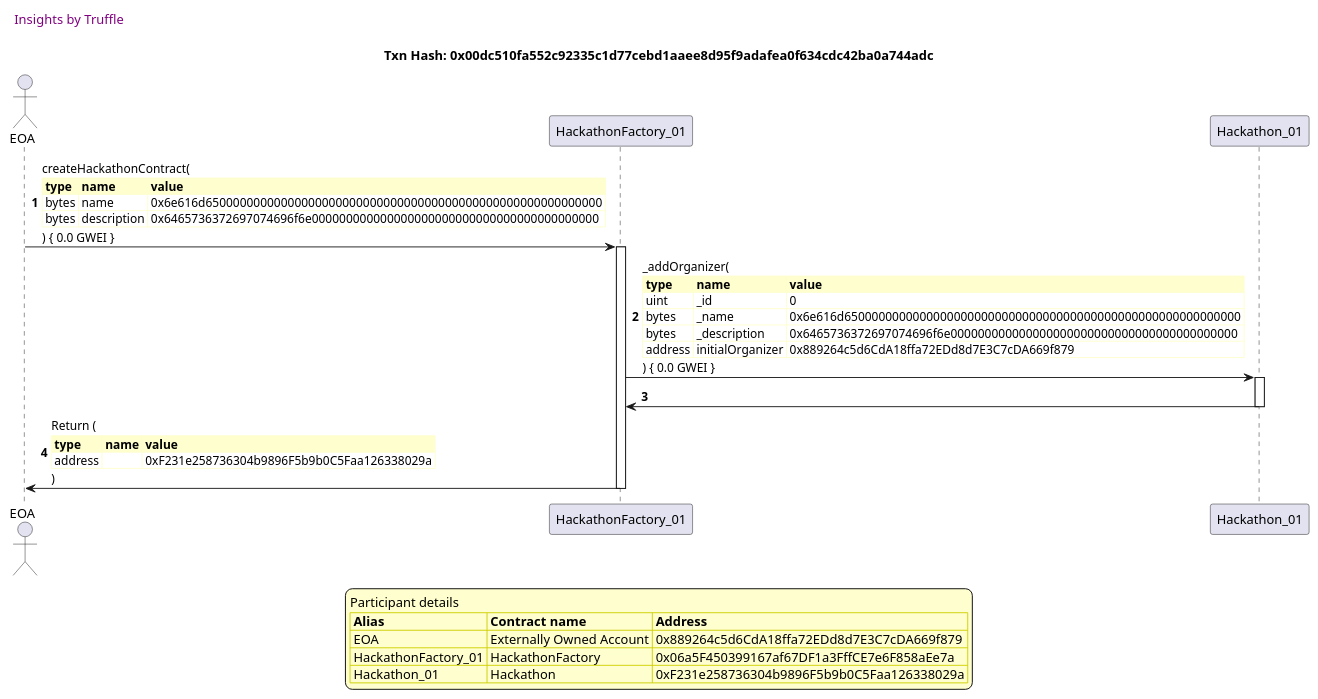
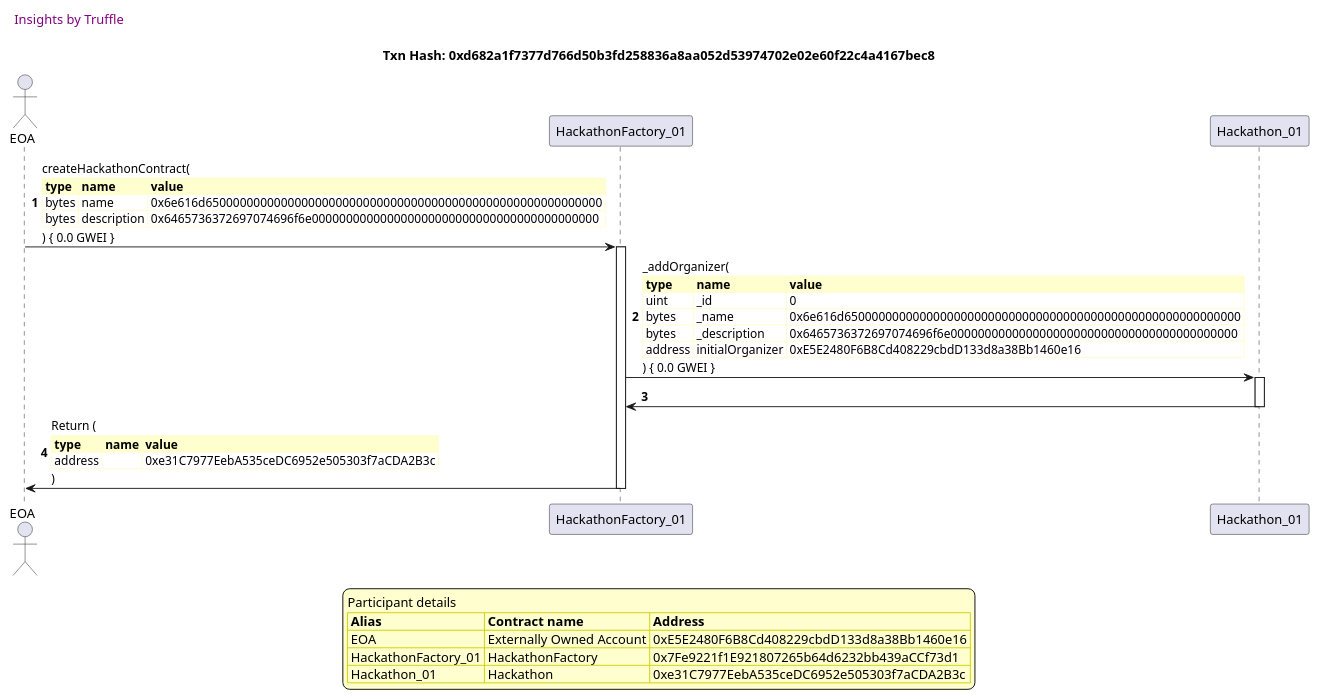
One commit to fodisi/hackapay changed the tenth of 11 diagrams in truffle-seq/factory_hackathonfactory.md. Above: the diagram before and after it, drawn with PlantUML. The commit also changed other lines of this file and 10 other files, not shown here.

````diff
--- a/truffle-seq/factory_hackathonfactory.md
+++ b/truffle-seq/factory_hackathonfactory.md
@@ -478,54 +478,54 @@
 ```plantuml
 
 
 @startuml
 
 autonumber
 skinparam legendBackgroundColor #FEFECE
 
 <style>
       header {
         HorizontalAlignment left
         FontColor purple
         FontSize 14
         Padding 10
       }
     </style>
 
 header Insights by Truffle
 
-title Txn Hash: 0x00dc510fa552c92335c1d77cebd1aaee8d95f9adafea0f634cdc42ba0a744adc
+title Txn Hash: 0xd682a1f7377d766d50b3fd258836a8aa052d53974702e02e60f22c4a4167bec8
 
 
 actor EOA as "EOA"
 participant HackathonFactory_01 as "HackathonFactory_01"
 participant Hackathon_01 as "Hackathon_01"
 
 "EOA" -> "HackathonFactory_01" ++: createHackathonContract(\n\
 <#FEFECE,#FEFECE>|= type |= name |= value |\n\
 | bytes | name | 0x6e616d6500000000000000000000000000000000000000000000000000000000 |\n\
 | bytes | description | 0x6465736372697074696f6e000000000000000000000000000000000000000000 |\n\
 ) { 0.0 GWEI }
 "HackathonFactory_01" -> "Hackathon_01" ++: _addOrganizer(\n\
 <#FEFECE,#FEFECE>|= type |= name |= value |\n\
 | uint | _id | 0 |\n\
 | bytes | _name | 0x6e616d6500000000000000000000000000000000000000000000000000000000 |\n\
 | bytes | _description | 0x6465736372697074696f6e000000000000000000000000000000000000000000 |\n\
-| address | initialOrganizer | 0x889264c5d6CdA18ffa72EDd8d7E3C7cDA669f879 |\n\
+| address | initialOrganizer | 0xE5E2480F6B8Cd408229cbdD133d8a38Bb1460e16 |\n\
 ) { 0.0 GWEI }
 "Hackathon_01" -> "HackathonFactory_01" --: 
 "HackathonFactory_01" -> "EOA" --: Return (\n\
 <#FEFECE,#FEFECE>|= type |= name |= value |\n\
-| address |  | 0xF231e258736304b9896F5b9b0C5Faa126338029a |\n\
+| address |  | 0xe31C7977EebA535ceDC6952e505303f7aCDA2B3c |\n\
 )
 
 legend
 Participant details
 <#FEFECE,#D0D000>|= Alias |= Contract name |= Address |
-<#FEFECE>| EOA | Externally Owned Account | 0x889264c5d6CdA18ffa72EDd8d7E3C7cDA669f879 |
-<#FEFECE>| HackathonFactory_01 | HackathonFactory | 0x06a5F450399167af67DF1a3FffCE7e6F858aEe7a |
-<#FEFECE>| Hackathon_01 | Hackathon | 0xF231e258736304b9896F5b9b0C5Faa126338029a |
+<#FEFECE>| EOA | Externally Owned Account | 0xE5E2480F6B8Cd408229cbdD133d8a38Bb1460e16 |
+<#FEFECE>| HackathonFactory_01 | HackathonFactory | 0x7Fe9221f1E921807265b64d6232bb439aCCf73d1 |
+<#FEFECE>| Hackathon_01 | Hackathon | 0xe31C7977EebA535ceDC6952e505303f7aCDA2B3c |
 endlegend
 
 @enduml
 ```
````
